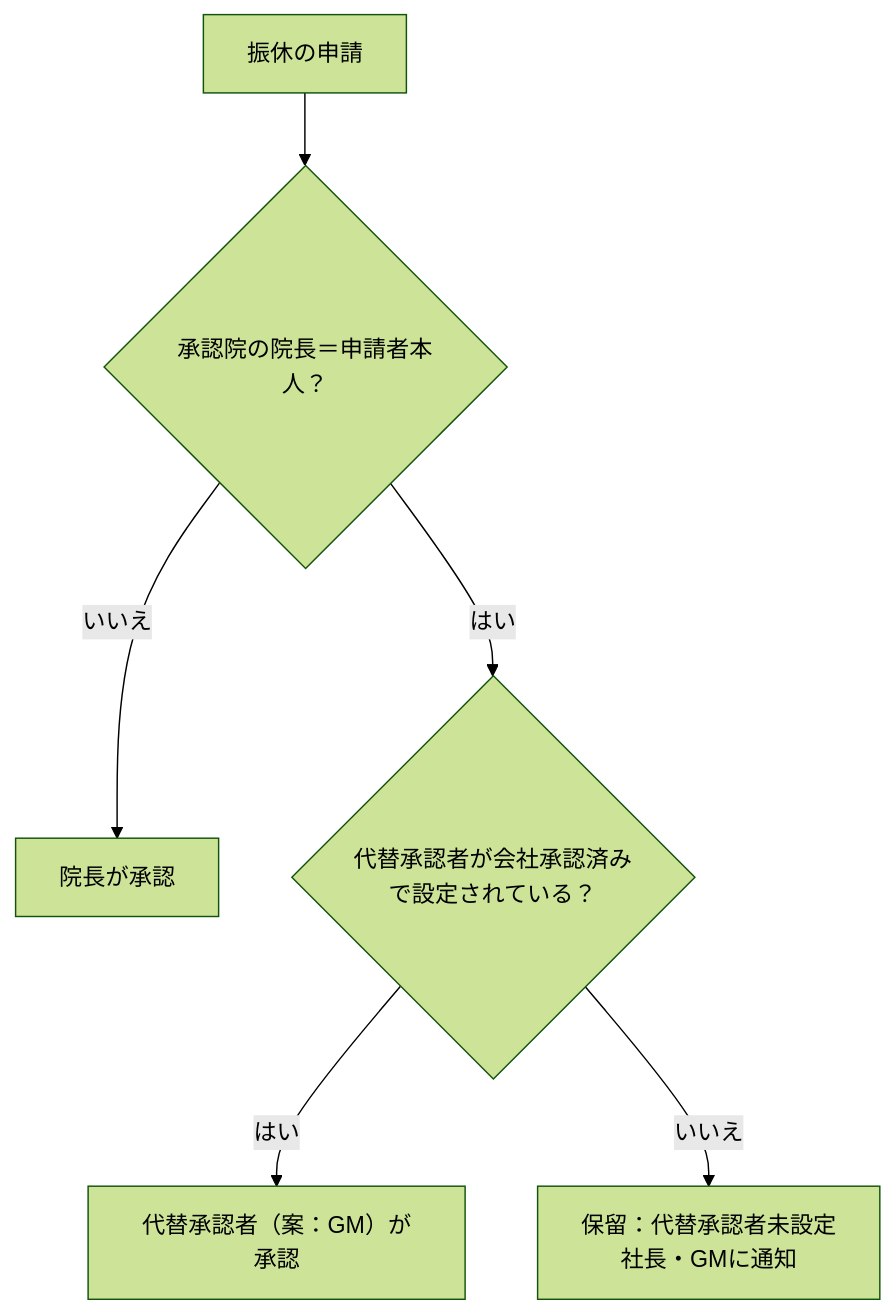
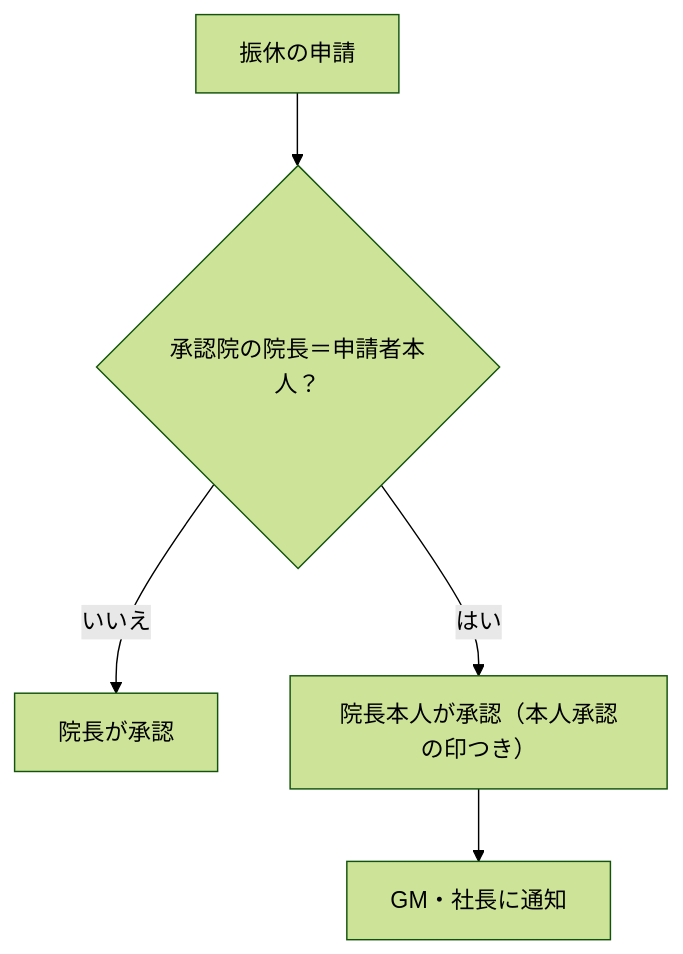
The third of 7 diagrams in docs/workflows.md (tttttt09283-wq/ando-seikotsu-ibaraki), drawn with Mermaid (forest theme) before and after one commit. The commit also changed other lines of this file and 8 other files, not shown here.

````diff
--- a/docs/workflows.md
+++ b/docs/workflows.md
@@ -73,8 +73,7 @@
 ```mermaid
 flowchart TD
   A["振休の申請"] --> B{"承認院の院長＝申請者本人？"}
   B -- いいえ --> C["院長が承認"]
-  B -- はい --> D{"代替承認者が会社承認済みで設定されている？"}
-  D -- はい --> E["代替承認者（案：GM）が承認"]
-  D -- いいえ --> F["保留：代替承認者未設定<br/>社長・GMに通知"]
+  B -- はい --> E["院長本人が承認（本人承認の印つき）"]
+  E --> F["GM・社長に通知"]
 ```
````
